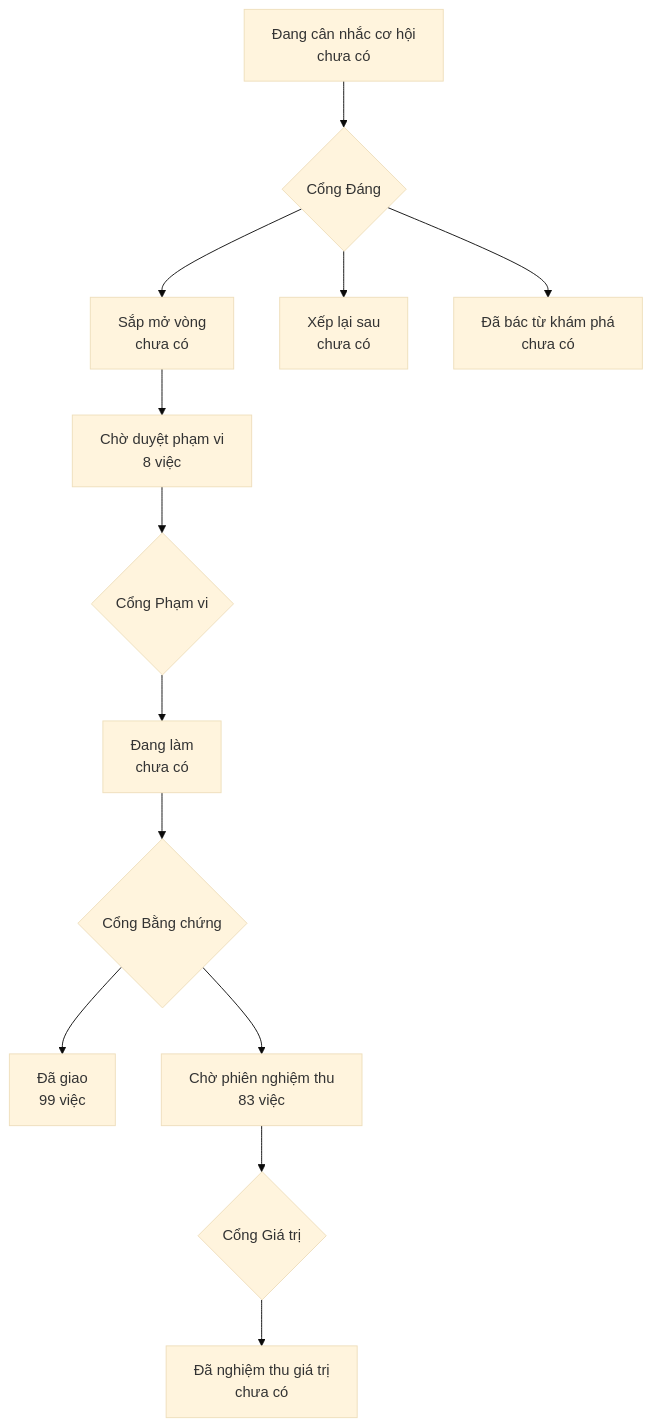
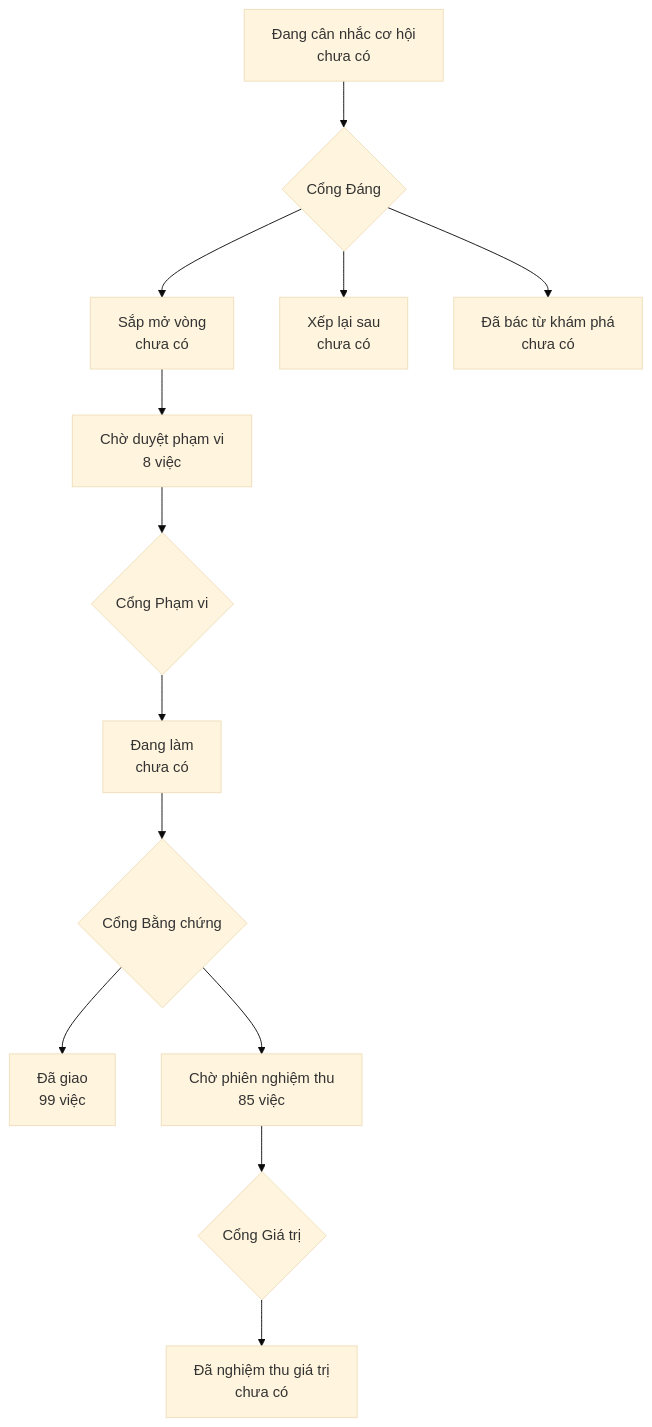
Before and after one commit to phanlemanh/onehub-invest: the diagram in PRODUCT-MAP.md, drawn with Mermaid (base theme). The commit also changed other lines of this file and 3 other files, not shown here.

````diff
--- a/PRODUCT-MAP.md
+++ b/PRODUCT-MAP.md
@@ -7,12 +7,12 @@
 ```mermaid
 flowchart TD
   A["Đang cân nhắc cơ hội<br/>chưa có"] --> GD{"Cổng Đáng"}
   GD --> B["Sắp mở vòng<br/>chưa có"]
   GD --> XL["Xếp lại sau<br/>chưa có"]
   GD --> DB["Đã bác từ khám phá<br/>chưa có"]
   B --> CD["Chờ duyệt phạm vi<br/>8 việc"] --> GP{"Cổng Phạm vi"}
   GP --> DL["Đang làm<br/>chưa có"] --> GB{"Cổng Bằng chứng"}
   GB --> DG["Đã giao<br/>99 việc"]
-  GB --> CN["Chờ phiên nghiệm thu<br/>83 việc"] --> GG{"Cổng Giá trị"}
+  GB --> CN["Chờ phiên nghiệm thu<br/>85 việc"] --> GG{"Cổng Giá trị"}
   GG --> NT["Đã nghiệm thu giá trị<br/>chưa có"]
 ```
````
